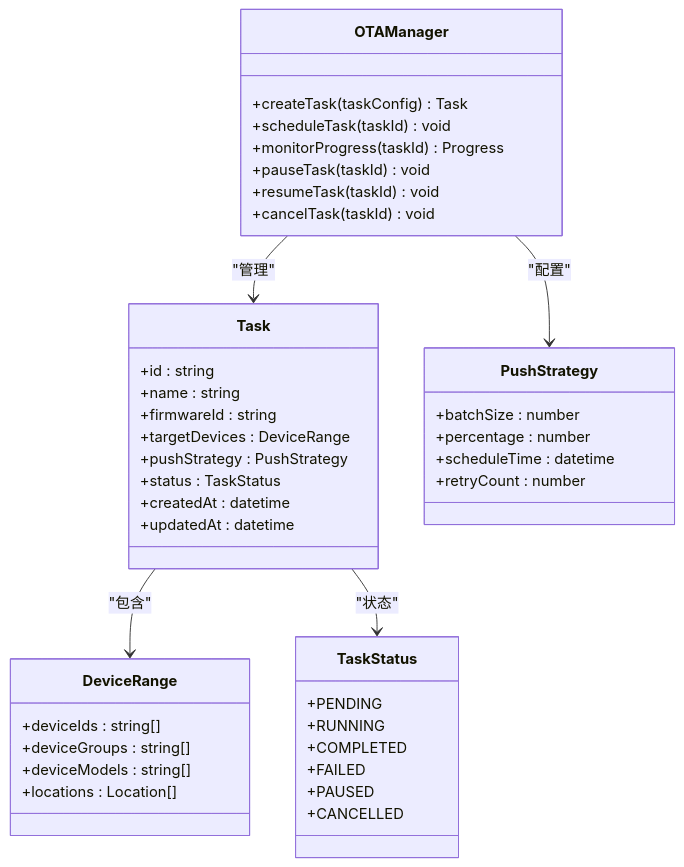
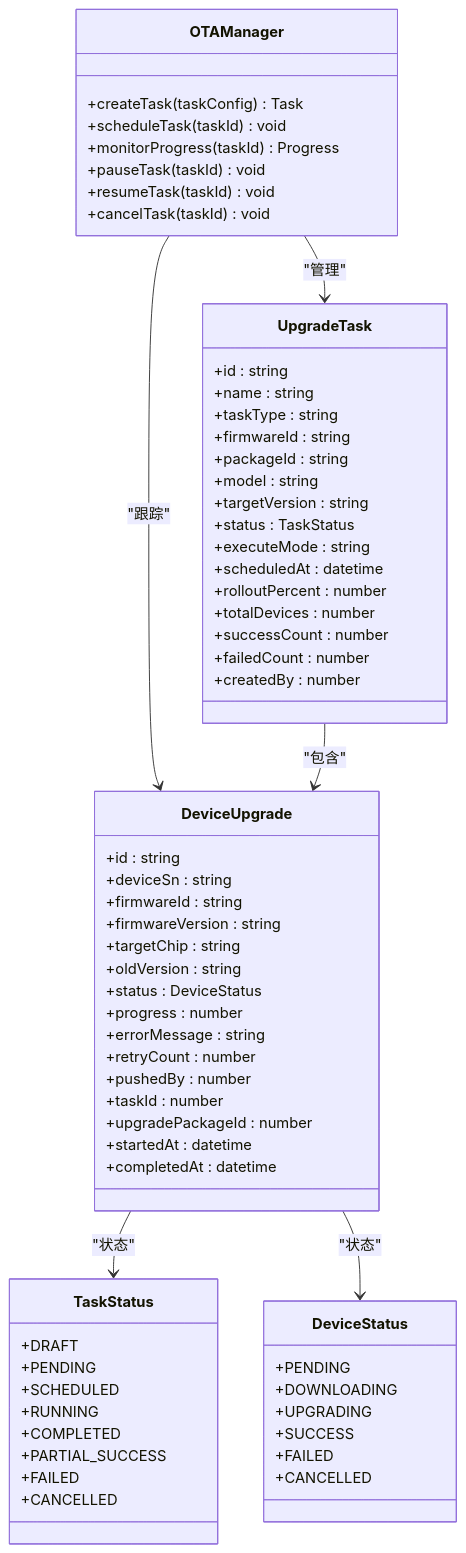
The second of 18 diagrams in .qoder/repowiki/zh/content/OTA升级系统/OTA任务调度/OTA任务调度.md (mcmrzy/cs_inv_monitor-develop), drawn with Mermaid before and after one commit. The commit also changed other lines of this file and 128 other files, not shown here.

````diff
--- a/.qoder/repowiki/zh/content/OTA升级系统/OTA任务调度/OTA任务调度.md
+++ b/.qoder/repowiki/zh/content/OTA升级系统/OTA任务调度/OTA任务调度.md
@@ -89,45 +101,68 @@
 ```mermaid
 classDiagram
 class OTAManager {
 +createTask(taskConfig) Task
 +scheduleTask(taskId) void
 +monitorProgress(taskId) Progress
 +pauseTask(taskId) void
 +resumeTask(taskId) void
 +cancelTask(taskId) void
 }
-class Task {
+class UpgradeTask {
 +id : string
 +name : string
++taskType : string
 +firmwareId : string
-+targetDevices : DeviceRange
-+pushStrategy : PushStrategy
++packageId : string
++model : string
++targetVersion : string
 +status : TaskStatus
-+createdAt : datetime
-+updatedAt : datetime
++executeMode : string
++scheduledAt : datetime
++rolloutPercent : number
++totalDevices : number
++successCount : number
++failedCount : number
++createdBy : number
 }
-class PushStrategy {
-+batchSize : number
-+percentage : number
-+scheduleTime : datetime
+class DeviceUpgrade {
++id : string
++deviceSn : string
++firmwareId : string
++firmwareVersion : string
++targetChip : string
++oldVersion : string
++status : DeviceStatus
++progress : number
++errorMessage : string
 +retryCount : number
-}
-class DeviceRange {
-+deviceIds : string[]
-+deviceGroups : string[]
-+deviceModels : string[]
-+locations : Location[]
++pushedBy : number
++taskId : number
++upgradePackageId : number
++startedAt : datetime
++completedAt : datetime
 }
 class TaskStatus {
++DRAFT
 +PENDING
++SCHEDULED
 +RUNNING
 +COMPLETED
++PARTIAL_SUCCESS
 +FAILED
-+PAUSED
 +CANCELLED
 }
-OTAManager --> Task : "管理"
-OTAManager --> PushStrategy : "配置"
-Task --> DeviceRange : "包含"
-Task --> TaskStatus : "状态"
+class DeviceStatus {
++PENDING
++DOWNLOADING
++UPGRADING
++SUCCESS
++FAILED
++CANCELLED
+}
+OTAManager --> UpgradeTask : "管理"
+OTAManager --> DeviceUpgrade : "跟踪"
+UpgradeTask --> DeviceUpgrade : "包含"
+DeviceUpgrade --> TaskStatus : "状态"
+DeviceUpgrade --> DeviceStatus : "状态"
 ```
````
